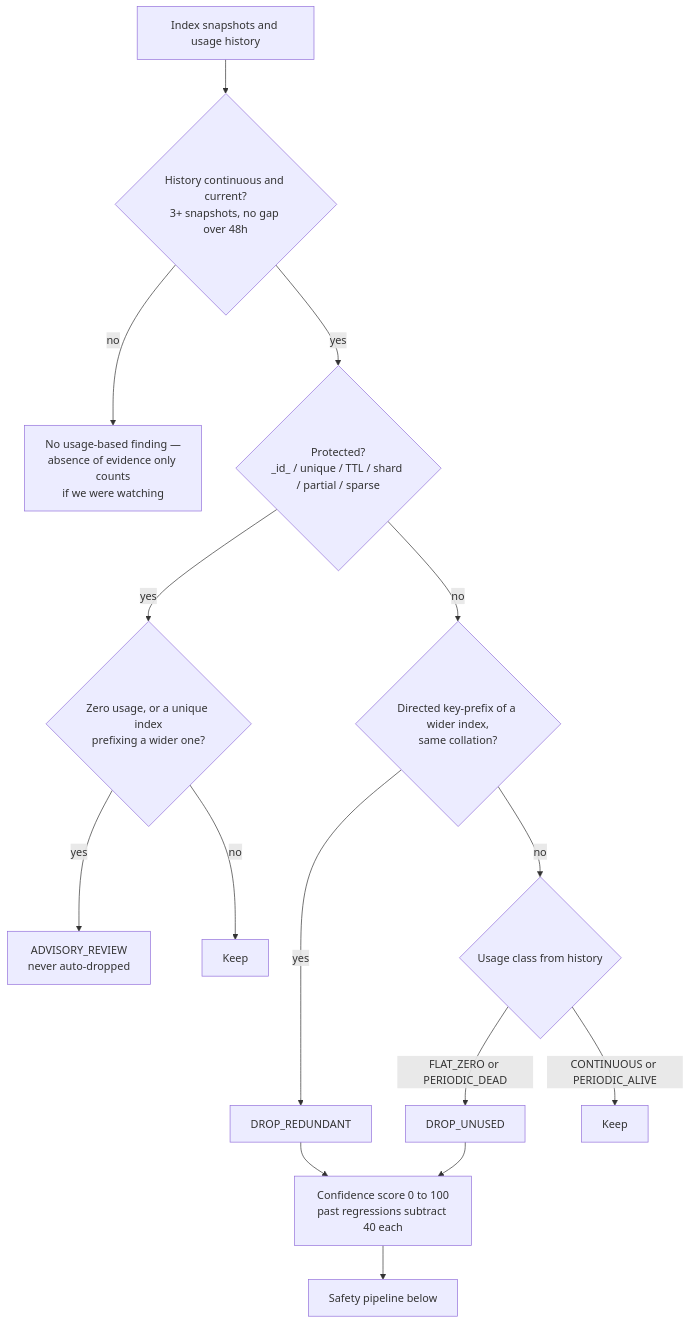
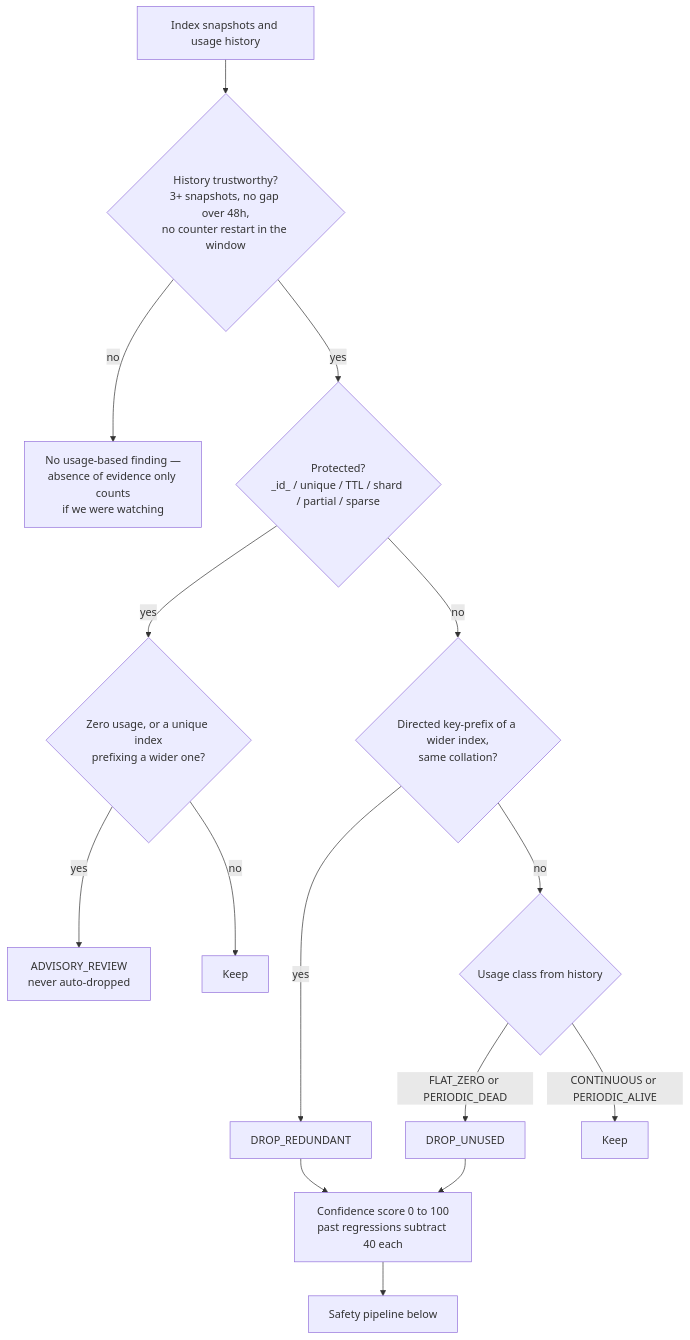
One commit to FullmetalBober/Indexterity changed the first of 3 diagrams in README.md. Above: the diagram before and after it, drawn with Mermaid. The commit also changed other lines of this file and 9 other files, not shown here.

````diff
--- a/README.md
+++ b/README.md
@@ -58,17 +58,17 @@
 ```mermaid
 flowchart TD
-    S[Index snapshots and usage history] --> H{History continuous and current?<br/>3+ snapshots, no gap over 48h}
+    S[Index snapshots and usage history] --> H{History trustworthy?<br/>3+ snapshots, no gap over 48h,<br/>no counter restart in the window}
     H -- no --> HX[No usage-based finding —<br/>absence of evidence only counts<br/>if we were watching]
     H -- yes --> P{Protected?<br/>_id_ / unique / TTL / shard / partial / sparse}
     P -- yes --> PZ{Zero usage, or a unique index<br/>prefixing a wider one?}
     PZ -- yes --> ADV[ADVISORY_REVIEW<br/>never auto-dropped]
     PZ -- no --> K1[Keep]
     P -- no --> R{Directed key-prefix of a wider index,<br/>same collation?}
     R -- yes --> DR[DROP_REDUNDANT]
     R -- no --> U{Usage class from history}
     U -- FLAT_ZERO or PERIODIC_DEAD --> DU[DROP_UNUSED]
     U -- CONTINUOUS or PERIODIC_ALIVE --> K2[Keep]
     DR --> SC[Confidence score 0 to 100<br/>past regressions subtract 40 each]
     DU --> SC
     SC --> PIPE[Safety pipeline below]
 ```
````
